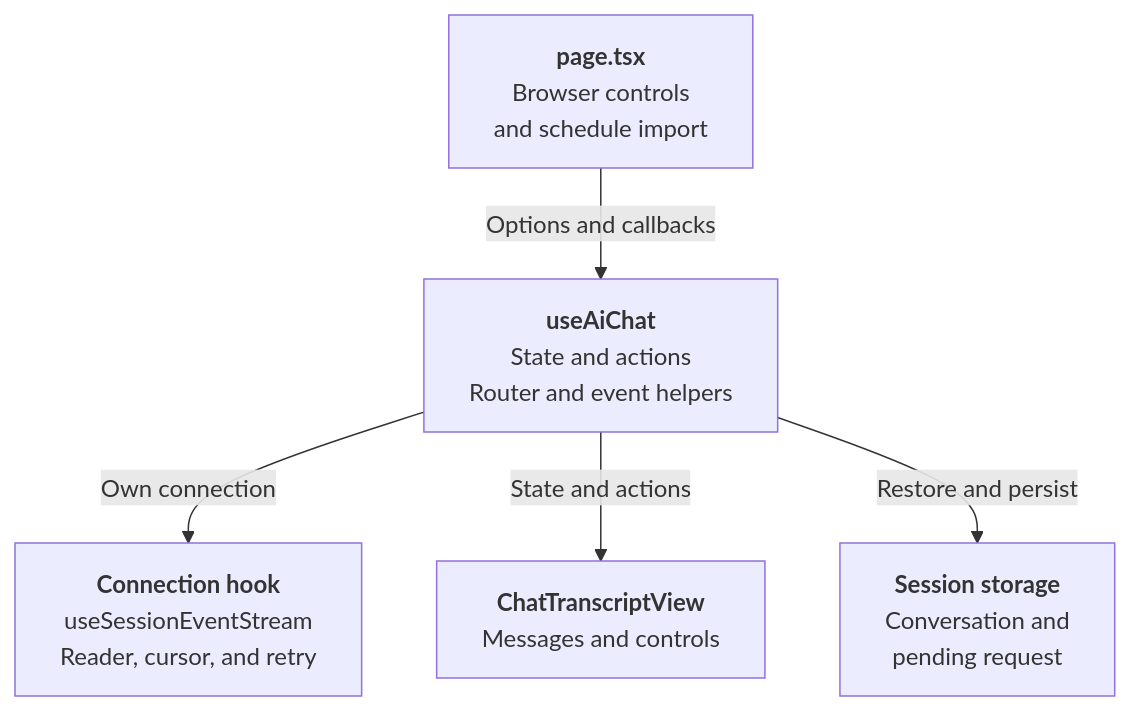
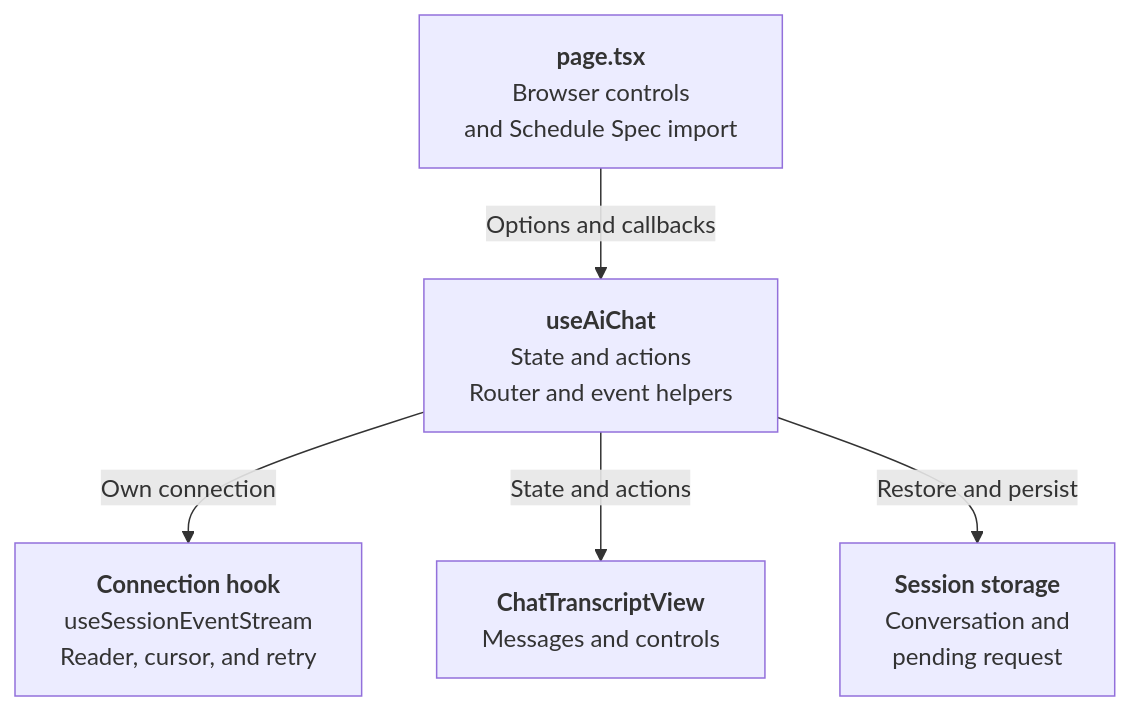
The third of 6 diagrams in docs/content/developer-guide/ai-assistant.md (j3soon/nurse-scheduling), drawn with Mermaid before and after one commit. The commit also changed other lines of this file and 75 other files, not shown here.

````diff
--- a/docs/content/developer-guide/ai-assistant.md
+++ b/docs/content/developer-guide/ai-assistant.md
@@ -110,12 +110,12 @@
 ```mermaid
 flowchart TB
-    Page["<b>page.tsx</b><br/>Browser controls<br/>and schedule import"]
+    Page["<b>page.tsx</b><br/>Browser controls<br/>and Schedule Spec import"]
     Controller["<b>useAiChat</b><br/>State and actions<br/>Router and event helpers"]
     Reader["<b>Connection hook</b><br/>useSessionEventStream<br/>Reader, cursor, and retry"]
     Transcript["<b>ChatTranscriptView</b><br/>Messages and controls"]
     Saved["<b>Session storage</b><br/>Conversation and<br/>pending request"]
     Page -->|Options and callbacks| Controller
     Controller -->|Own connection| Reader
     Controller -->|State and actions| Transcript
     Controller -->|Restore and persist| Saved
 ```
````
